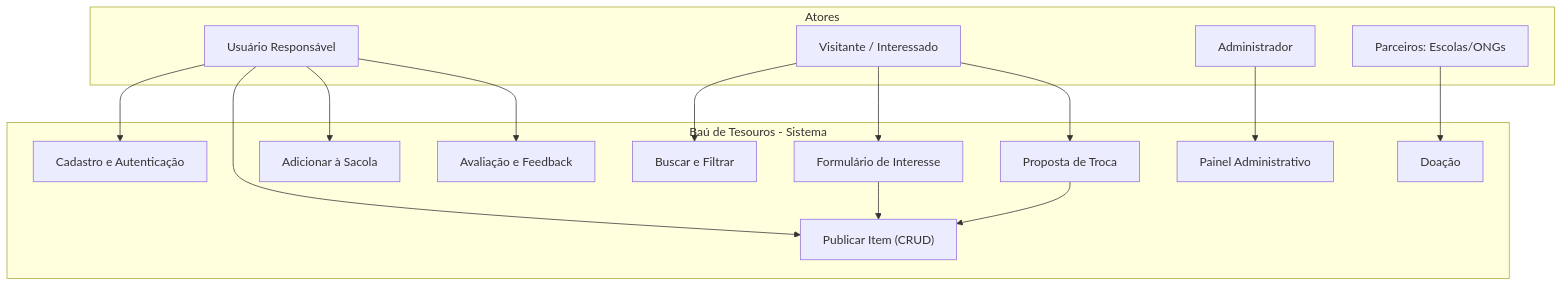
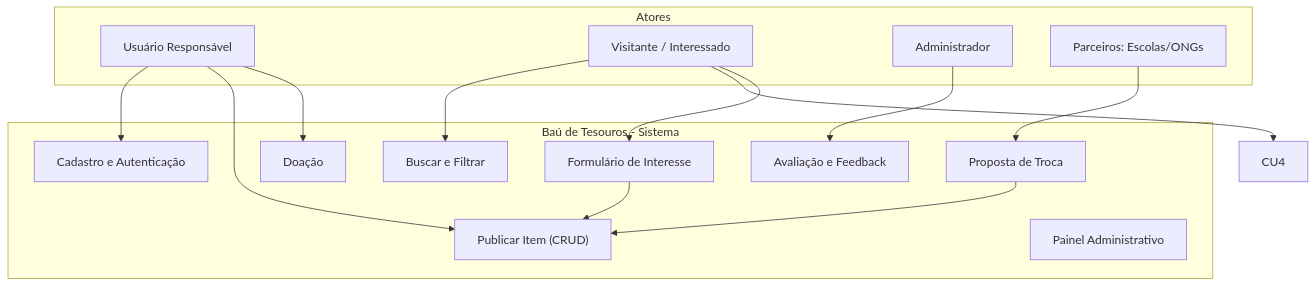
One commit to Beatriz-Barbosa287/bau_de_tesouros_psof changed the second of 4 diagrams in README.md. Above: the diagram before and after it, drawn with Mermaid. The commit also changed other lines of this file, not shown here.

````diff
--- a/README.md
+++ b/README.md
@@ -143,36 +142,35 @@
 ```mermaid
 
 graph TD
 
   subgraph Atores
     U[Usuário Responsável]
     V[Visitante / Interessado]
     ADM[Administrador]
     P[Parceiros: Escolas/ONGs]
   end
 
   subgraph Sistema["Baú de Tesouros - Sistema"]
     CU1["Cadastro e Autenticação"]
     CU2["Publicar Item (CRUD)"]
     CU3["Buscar e Filtrar"]
-    CU4["Adicionar à Sacola"]
+
     CU5["Formulário de Interesse"]
     CU6["Proposta de Troca"]
     CU7["Doação"]
     CU8["Avaliação e Feedback"]
     CU9["Painel Administrativo"]
   end
 
   U --> CU1
   U --> CU2
-  U --> CU4
   V --> CU3
+  V --> CU4
   V --> CU5
-  V --> CU6
-  U --> CU8
-  ADM --> CU9
-  P --> CU7
+  U --> CU7
+  ADM --> CU8
+  P --> CU6
   CU5 --> CU2
   CU6 --> CU2
 
 ```
````
